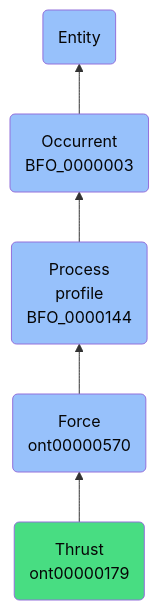
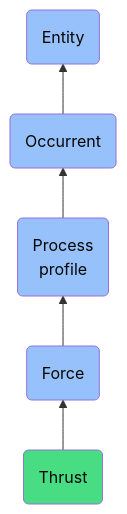
The diagram in docs/ontology/reference/model/Entity/Occurrent/Process profile/Force/Thrust/Thrust.md (jupyter-naas/abi), drawn with Mermaid before and after one commit. The commit also changed other lines of this file and 1430 other files, not shown here.

````diff
--- a/docs/ontology/reference/model/Entity/Occurrent/Process profile/Force/Thrust/Thrust.md
+++ b/docs/ontology/reference/model/Entity/Occurrent/Process profile/Force/Thrust/Thrust.md
@@ -24,12 +24,12 @@
 ```mermaid
 graph BT
-    ont00000179(Thrust<br>ont00000179):::ABI-->ont00000570
-    ont00000570(Force<br>ont00000570):::BFO-->BFO_0000144
-    BFO_0000144(Process<br>profile<br>BFO_0000144):::BFO-->BFO_0000003
-    BFO_0000003(Occurrent<br>BFO_0000003):::BFO-->BFO_0000001
+    ont00000179(Thrust):::ABI-->ont00000570
+    ont00000570(Force):::BFO-->BFO_0000144
+    BFO_0000144(Process<br>profile):::BFO-->BFO_0000003
+    BFO_0000003(Occurrent):::BFO-->BFO_0000001
     BFO_0000001(Entity):::BFO
     
     classDef BFO fill:#97c1fb,color:#060606
     classDef CCO fill:#e4c51e,color:#060606
     classDef ABI fill:#48DD82,color:#060606
 ```
````
